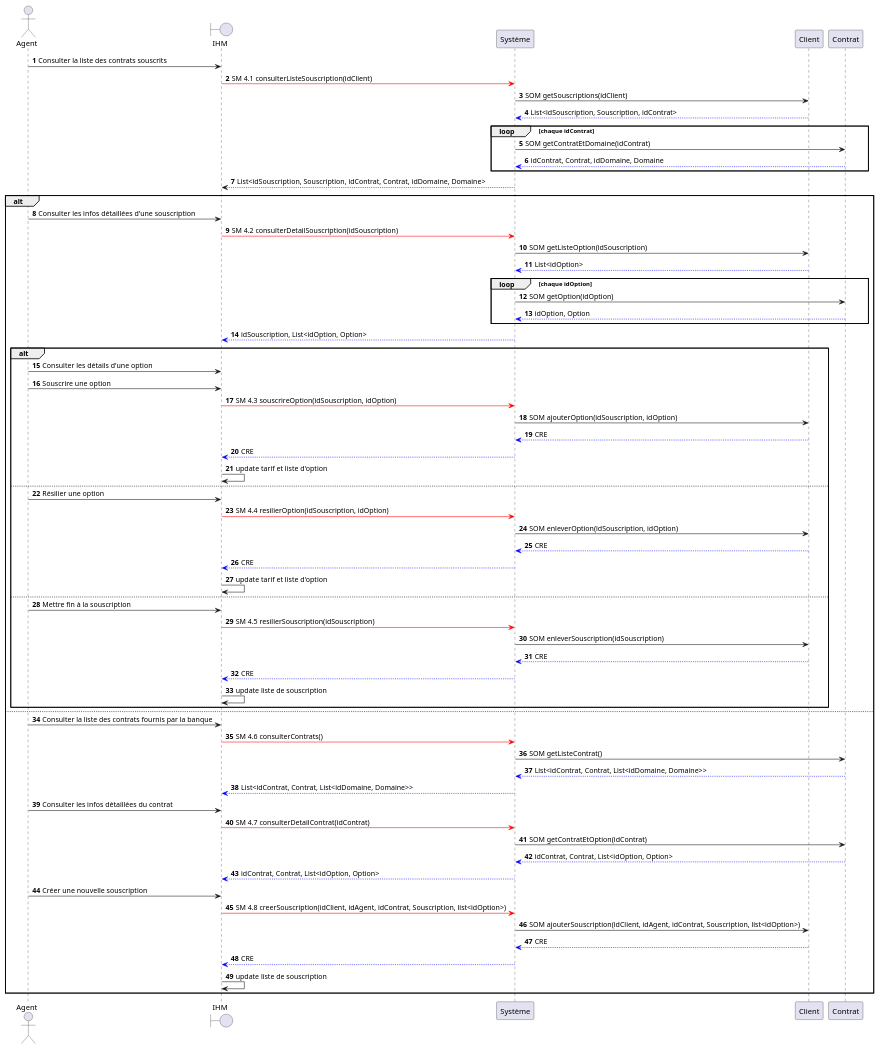
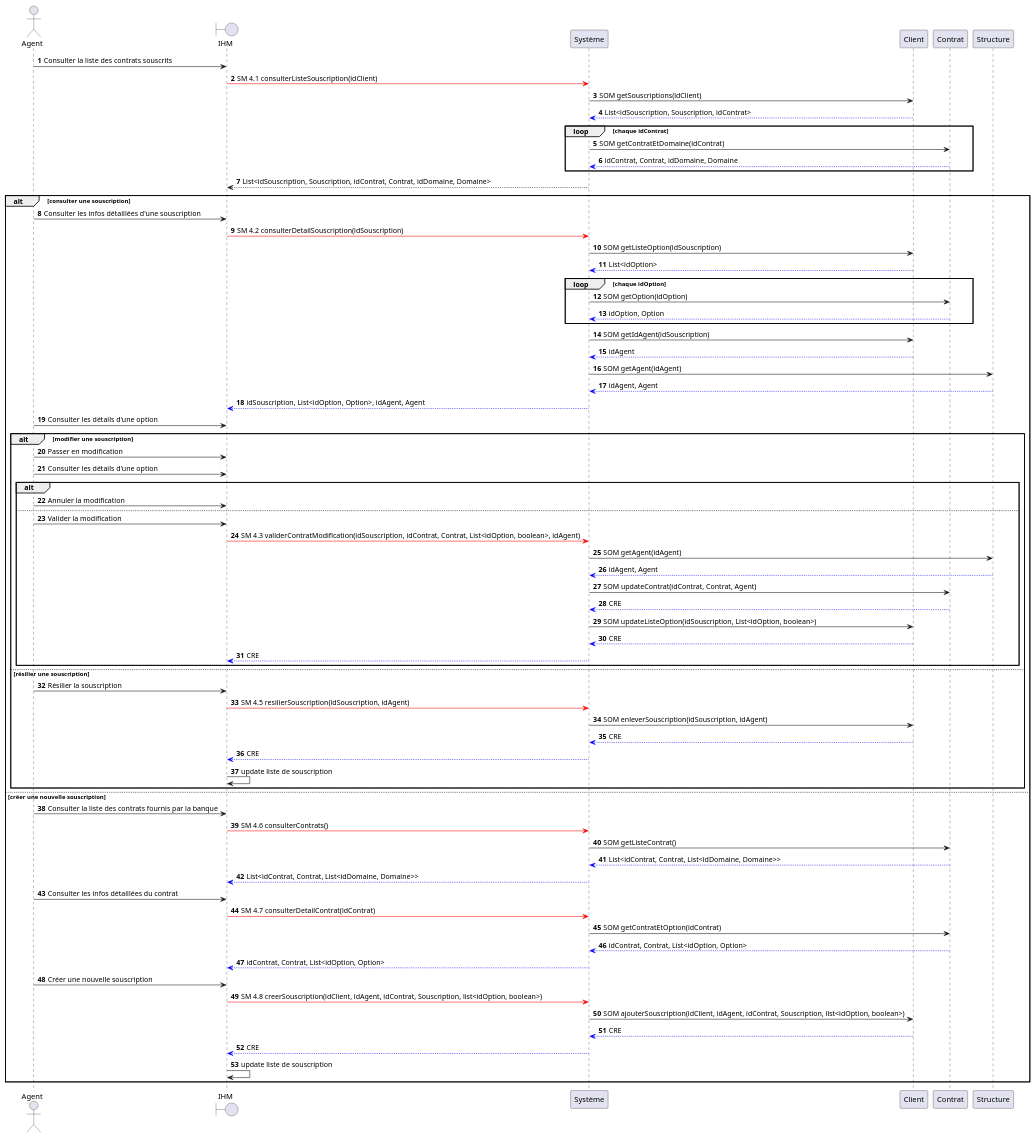
One commit to HZjiadong/PLD-MARS changed the diagram in src/documentation/CU4_DSD.puml. Above: the diagram before and after it, drawn with PlantUML. The commit also changed 1 other file, not shown here.

```diff
--- a/src/documentation/CU4_DSD.puml
+++ b/src/documentation/CU4_DSD.puml
@@ -1,74 +1,93 @@
 @startuml
 actor Agent
 boundary IHM
 participant Système
 participant Client
 participant Contrat
+participant Structure
 autonumber
 Agent -> IHM : Consulter la liste des contrats souscrits
 IHM -[#red]> Système : SM 4.1 consulterListeSouscription(idClient)
 Système -> Client : SOM getSouscriptions(idClient)
 Client -[#0000FF]-> Système : List<idSouscription, Souscription, idContrat>
 loop chaque idContrat
     Système -> Contrat : SOM getContratEtDomaine(idContrat)
     Contrat -[#0000FF]-> Système : idContrat, Contrat, idDomaine, Domaine
 end
 Système --> IHM : List<idSouscription, Souscription, idContrat, Contrat, idDomaine, Domaine>
-alt
+
+alt consulter une souscription
     Agent -> IHM : Consulter les infos détaillées d'une souscription
     IHM -[#red]> Système : SM 4.2 consulterDetailSouscription(idSouscription)
     Système -> Client : SOM getListeOption(idSouscription)
     Client -[#0000FF]-> Système : List<idOption>
+
+
     loop chaque idOption
         Système -> Contrat : SOM getOption(idOption)
         Contrat -[#0000FF]-> Système :idOption, Option
     end
-    Système -[#0000FF]-> IHM : idSouscription, List<idOption, Option>
+
+    Système -> Client : SOM getIdAgent(idSouscription)
+    Client -[#0000FF]-> Système : idAgent
+    Système -> Structure : SOM getAgent(idAgent)
+    Structure -[#0000FF]-> Système : idAgent, Agent
+
+    Système -[#0000FF]-> IHM : idSouscription, List<idOption, Option>, idAgent, Agent
+
+    Agent -> IHM : Consulter les détails d'une option
+
+    alt modifier une souscription
+    Agent -> IHM : Passer en modification
+    Agent -> IHM : Consulter les détails d'une option
     alt
-    Agent -> IHM : Consulter les détails d'une option
-    Agent -> IHM : Souscrire une option
-    IHM -[#red]> Système : SM 4.3 souscrireOption(idSouscription, idOption)
-    Système -> Client : SOM ajouterOption(idSouscription, idOption)
-    Client -[#0000FF]-> Système : CRE
-    Système -[#0000FF]-> IHM : CRE
-    IHM -> IHM : update tarif et liste d'option
-    else
-    Agent -> IHM : Résilier une option
-    IHM -[#red]> Système : SM 4.4 resilierOption(idSouscription, idOption)
-    Système -> Client : SOM enleverOption(idSouscription, idOption)
-    Client -[#0000FF]-> Système : CRE
-    Système -[#0000FF]-> IHM : CRE
-    IHM -> IHM : update tarif et liste d'option
-    else
-    Agent -> IHM : Mettre fin à la souscription
-    IHM -[#red]> Système : SM 4.5 resilierSouscription(idSouscription)
-    Système -> Client : SOM enleverSouscription(idSouscription)
+        Agent -> IHM : Annuler la modification
+        else
+        Agent -> IHM : Valider la modification
+        IHM -[#red]> Système : SM 4.3 validerContratModification(idSouscription, idContrat, Contrat, List<idOption, boolean>, idAgent)
+
+        Système -> Structure : SOM getAgent(idAgent)
+        Structure -[#0000FF]-> Système : idAgent, Agent
+
+        Système -> Contrat : SOM updateContrat(idContrat, Contrat, Agent)
+        Contrat -[#0000FF]-> Système : CRE
+
+        Système -> Client : SOM updateListeOption(idSouscription, List<idOption, boolean>)
+        Client -[#0000FF]-> Système : CRE
+        Système -[#0000FF]-> IHM : CRE
+    end
+    else résilier une souscription
+    Agent -> IHM : Résilier la souscription
+    IHM -[#red]> Système : SM 4.5 resilierSouscription(idSouscription, idAgent)
+
+
+    Système -> Client : SOM enleverSouscription(idSouscription, idAgent)
     Client -[#0000FF]-> Système : CRE
     Système -[#0000FF]-> IHM : CRE
     IHM -> IHM : update liste de souscription
     end
-else
+else créer une nouvelle souscription
     Agent -> IHM : Consulter la liste des contrats fournis par la banque
     IHM -[#red]> Système : SM 4.6 consulterContrats()
     Système -> Contrat : SOM getListeContrat()
     Contrat -[#0000FF]-> Système : List<idContrat, Contrat, List<idDomaine, Domaine>>
     Système -[#0000FF]-> IHM : List<idContrat, Contrat, List<idDomaine, Domaine>>
 
     Agent -> IHM : Consulter les infos détaillées du contrat
     IHM -[#red]> Système : SM 4.7 consulterDetailContrat(idContrat)
     Système -> Contrat : SOM getContratEtOption(idContrat)
     Contrat -[#0000FF]-> Système : idContrat, Contrat, List<idOption, Option>
     Système -[#0000FF]-> IHM : idContrat, Contrat, List<idOption, Option>
 
     Agent -> IHM : Créer une nouvelle souscription
-    IHM -[#red]> Système : SM 4.8 creerSouscription(idClient, idAgent, idContrat, Souscription, list<idOption>)
-    Système -> Client : SOM ajouterSouscription(idClient, idAgent, idContrat, Souscription, list<idOption>)
+    IHM -[#red]> Système : SM 4.8 creerSouscription(idClient, idAgent, idContrat, Souscription, list<idOption, boolean>)
+    Système -> Client : SOM ajouterSouscription(idClient, idAgent, idContrat, Souscription, list<idOption, boolean>)
     Client -[#0000FF]-> Système : CRE
     Système -[#0000FF]-> IHM : CRE
     IHM -> IHM : update liste de souscription
 end
 
 
 
 
 @enduml
```
